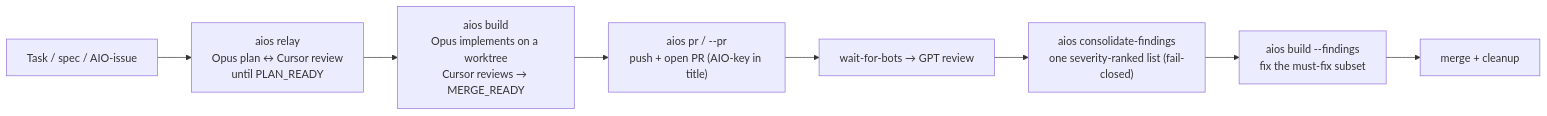
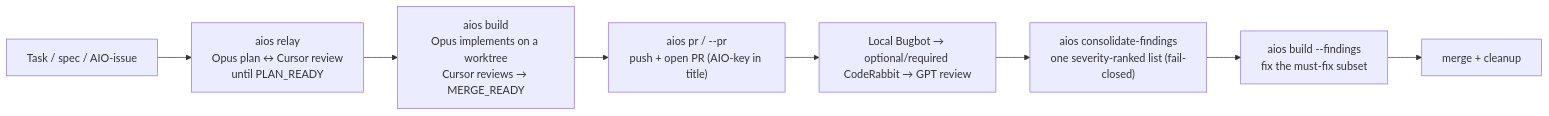
One commit to aiosbrain/aios-workspace changed the sixth of 6 diagrams in docs/GUIDE.md. Above: the diagram before and after it, drawn with Mermaid. The commit also changed other lines of this file and 32 other files, not shown here.

````diff
--- a/docs/GUIDE.md
+++ b/docs/GUIDE.md
@@ -514,10 +514,10 @@
 ```mermaid
 flowchart LR
     task["Task / spec / AIO-issue"] --> relay["aios relay<br/>Opus plan ↔ Cursor review<br/>until PLAN_READY"]
     relay --> build["aios build<br/>Opus implements on a worktree<br/>Cursor reviews → MERGE_READY"]
     build --> pr["aios pr / --pr<br/>push + open PR (AIO-key in title)"]
-    pr --> bots["wait-for-bots → GPT review"]
+    pr --> bots["Local Bugbot → optional/required CodeRabbit → GPT review"]
     bots --> cons["aios consolidate-findings<br/>one severity-ranked list (fail-closed)"]
     cons --> fix["aios build --findings<br/>fix the must-fix subset"]
     fix --> merge["merge + cleanup"]
 ```
````
